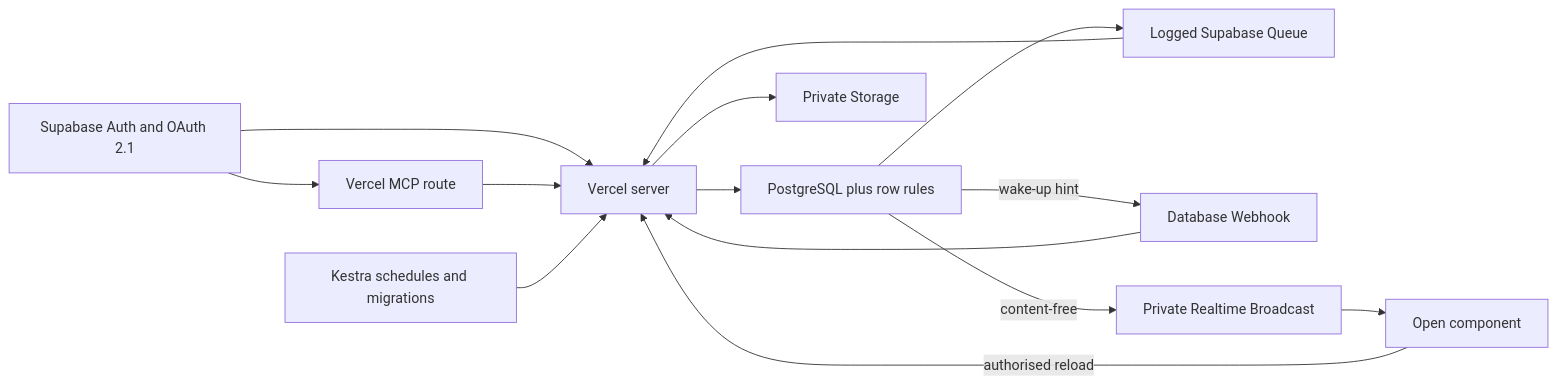
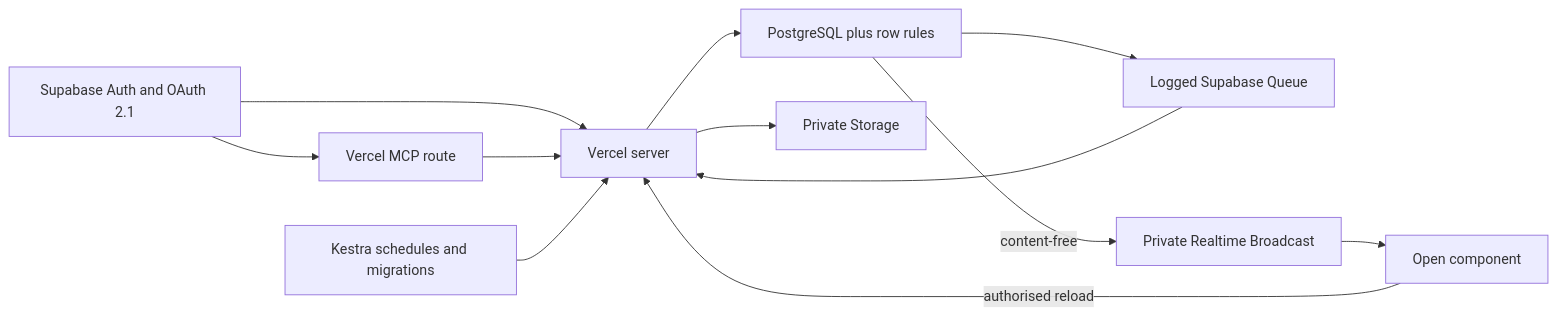
The second of 8 diagrams in docs/specification/17-runtime-storage-and-caching.md (Abzum-NZ/Abzum-Vortex), drawn with Mermaid before and after one commit. The commit also changed other lines of this file and 1 other file, not shown here.

````diff
--- a/docs/specification/17-runtime-storage-and-caching.md
+++ b/docs/specification/17-runtime-storage-and-caching.md
@@ -55,16 +54,14 @@
 ```mermaid
 flowchart LR
     AUTH[Supabase Auth and OAuth 2.1] --> WEB[Vercel server]
     AUTH --> MCP[Vercel MCP route]
     MCP --> WEB
     WEB --> DB[PostgreSQL plus row rules]
     WEB --> STORE[Private Storage]
     DB --> Q[Logged Supabase Queue]
-    DB -->|wake-up hint| HOOK[Database Webhook]
-    HOOK --> WEB
     Q --> WEB
     DB -->|content-free| LIVE[Private Realtime Broadcast]
     LIVE --> BROWSER[Open component]
     BROWSER -->|authorised reload| WEB
     K[Kestra schedules and migrations] --> WEB
 ```
````
